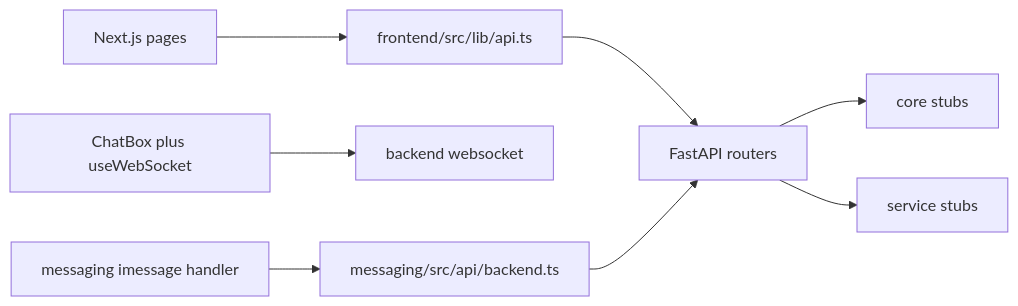
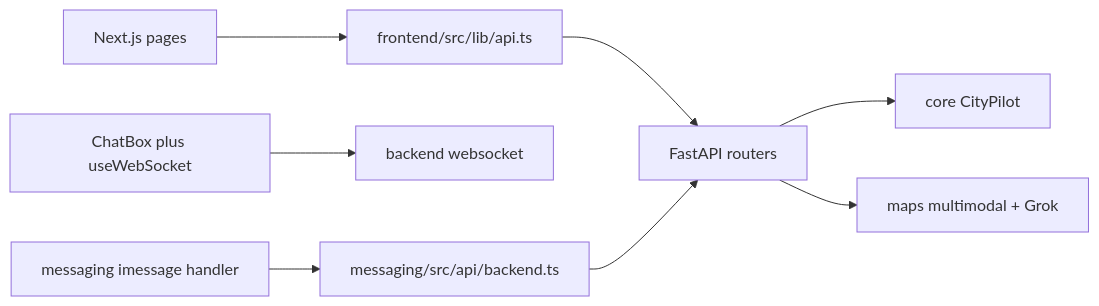
The diagram in docs/architecture.md (MohamedYoussef06/ChatNYC), drawn with Mermaid before and after one commit. The commit also changed other lines of this file and 17 other files, not shown here.

First line of the commit message:
Add multimodal routing and Grok mode recommendations

````diff
--- a/docs/architecture.md
+++ b/docs/architecture.md
@@ -5,10 +5,10 @@
 ```mermaid
 flowchart LR
   pages[Next.js pages] --> apiTs[frontend/src/lib/api.ts]
   chat[ChatBox plus useWebSocket] --> ws[backend websocket]
   apiTs --> fastapi[FastAPI routers]
   imessage[messaging imessage handler] --> backendTs[messaging/src/api/backend.ts]
   backendTs --> fastapi
-  fastapi --> core[core stubs]
-  fastapi --> services[service stubs]
+  fastapi --> core[core CityPilot]
+  fastapi --> services[maps multimodal + Grok]
 ```
````
